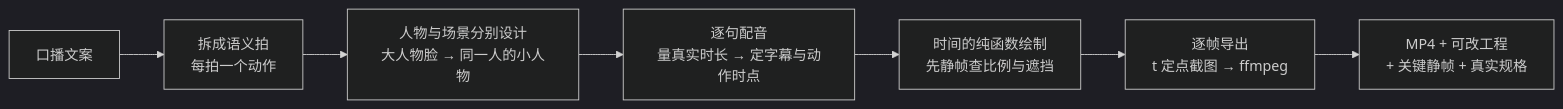
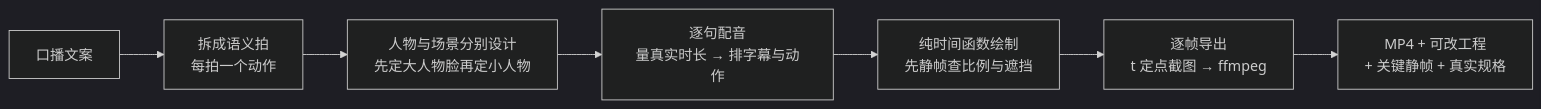
The diagram in README.md (HRuiCcc/RuiC-pixel-explainer), drawn with Mermaid (dark theme) before and after one commit. The commit also changed other lines of this file, not shown here.

````diff
--- a/README.md
+++ b/README.md
@@ -26,9 +98,9 @@
 ```mermaid
 flowchart LR
   A[口播文案] --> B[拆成语义拍<br/>每拍一个动作]
-  B --> C[人物与场景分别设计<br/>大人物脸 → 同一人的小人物]
-  C --> D[逐句配音<br/>量真实时长 → 定字幕与动作时点]
-  D --> E[时间的纯函数绘制<br/>先静帧查比例与遮挡]
+  B --> C[人物与场景分别设计<br/>先定大人物脸再定小人物]
+  C --> D[逐句配音<br/>量真实时长 → 排字幕与动作]
+  D --> E[纯时间函数绘制<br/>先静帧查比例与遮挡]
   E --> F[逐帧导出<br/>t 定点截图 → ffmpeg]
   F --> G[MP4 + 可改工程<br/>+ 关键静帧 + 真实规格]
 ```
````
